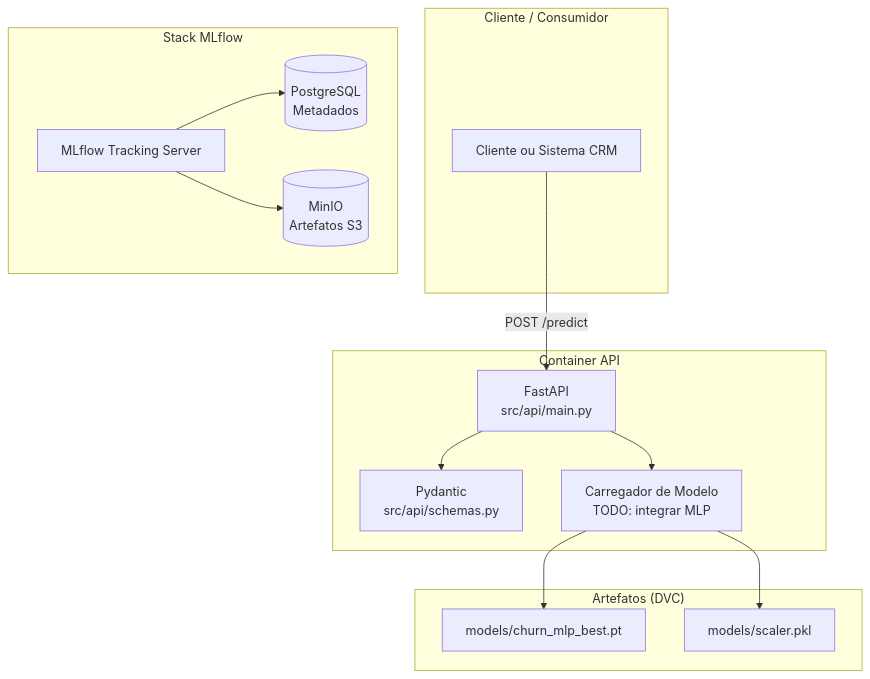
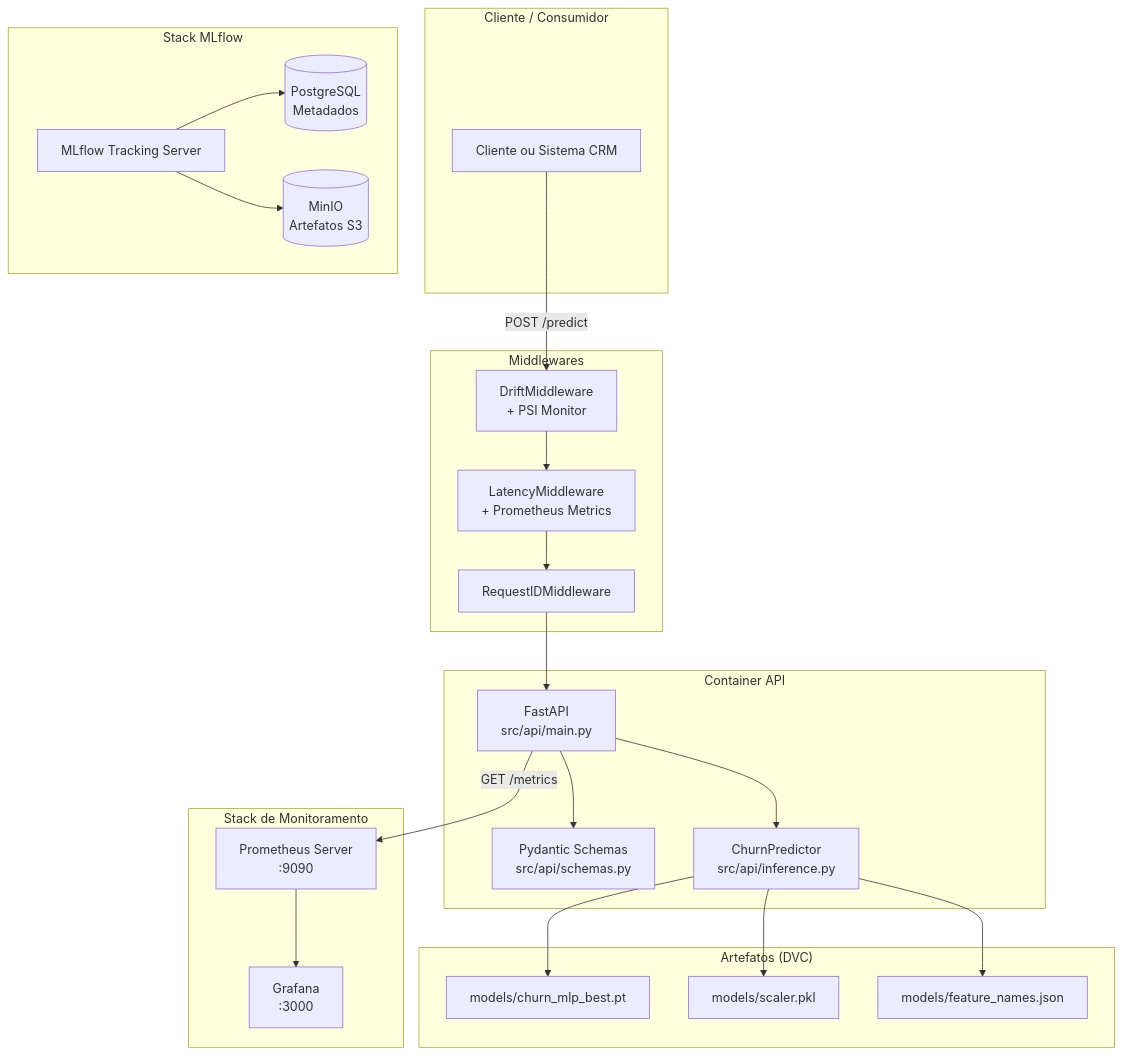
One commit to G13-MLE/tech-challenge-fase-1 changed the first of 4 diagrams in docs/ARQUITETURA_DE_DEPLOY.md. Above: the diagram before and after it, drawn with Mermaid. The commit also changed other lines of this file and 2 other files, not shown here.

First line of the commit message:
docs: documenta arquitetura de deploy e plano de monitoramento (#33)

````diff
--- a/docs/ARQUITETURA_DE_DEPLOY.md
+++ b/docs/ARQUITETURA_DE_DEPLOY.md
@@ -184,27 +268,43 @@
 ```mermaid
 graph TB
     subgraph "Cliente / Consumidor"
         Client[Cliente ou Sistema CRM]
     end
     subgraph "Container API"
         FastAPI[FastAPI<br/>src/api/main.py]
-        Pydantic[Pydantic<br/>src/api/schemas.py]
-        ModelLoader[Carregador de Modelo<br/>TODO: integrar MLP]
+        Pydantic[Pydantic Schemas<br/>src/api/schemas.py]
+        Predictor[ChurnPredictor<br/>src/api/inference.py]
+    end
+    subgraph "Middlewares"
+        ReqID[RequestIDMiddleware]
+        LatencyMW[LatencyMiddleware<br/>+ Prometheus Metrics]
+        DriftMW[DriftMiddleware<br/>+ PSI Monitor]
+    end
+    subgraph "Stack de Monitoramento"
+        Prometheus[Prometheus Server<br/>:9090]
+        Grafana[Grafana<br/>:3000]
     end
     subgraph "Stack MLflow"
         MLflowServer[MLflow Tracking Server]
         Postgres[(PostgreSQL<br/>Metadados)]
         MinIO[(MinIO<br/>Artefatos S3)]
     end
     subgraph "Artefatos (DVC)"
         ModelPT[models/churn_mlp_best.pt]
         ScalerPKL[models/scaler.pkl]
+        FeaturesJSON[models/feature_names.json]
     end
-    Client -->|POST /predict| FastAPI
+    Client -->|POST /predict| DriftMW
+    DriftMW --> LatencyMW
+    LatencyMW --> ReqID
+    ReqID --> FastAPI
     FastAPI --> Pydantic
-    FastAPI --> ModelLoader
-    ModelLoader --> ModelPT
-    ModelLoader --> ScalerPKL
+    FastAPI --> Predictor
+    Predictor --> ModelPT
+    Predictor --> ScalerPKL
+    Predictor --> FeaturesJSON
+    FastAPI -->|GET /metrics| Prometheus
+    Prometheus --> Grafana
     MLflowServer --> Postgres
     MLflowServer --> MinIO
 ```
````
